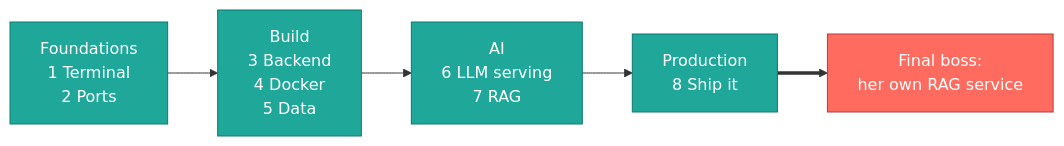
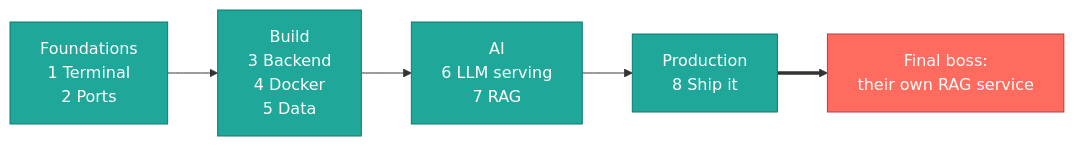
Before and after one commit to shoplikov/ai-quest: the first of 2 diagrams in README.md, drawn with Mermaid. The commit also changed other lines of this file and 21 other files, not shown here.

````diff
--- a/README.md
+++ b/README.md
@@ -23,10 +23,10 @@
 ```mermaid
 flowchart LR
     A["Foundations<br/>1 Terminal<br/>2 Ports"] --> B2["Build<br/>3 Backend<br/>4 Docker<br/>5 Data"]
     B2 --> C["AI<br/>6 LLM serving<br/>7 RAG"] --> D["Production<br/>8 Ship it"]
-    D ==> B["Final boss:<br/>her own RAG service"]
+    D ==> B["Final boss:<br/>their own RAG service"]
     classDef level fill:#1FA89A,stroke:#0E7A6E,color:#fff
     classDef boss fill:#FF6B5E,stroke:#B53A3A,color:#fff
     class A,B2,C,D level
     class B boss
 ```
````
